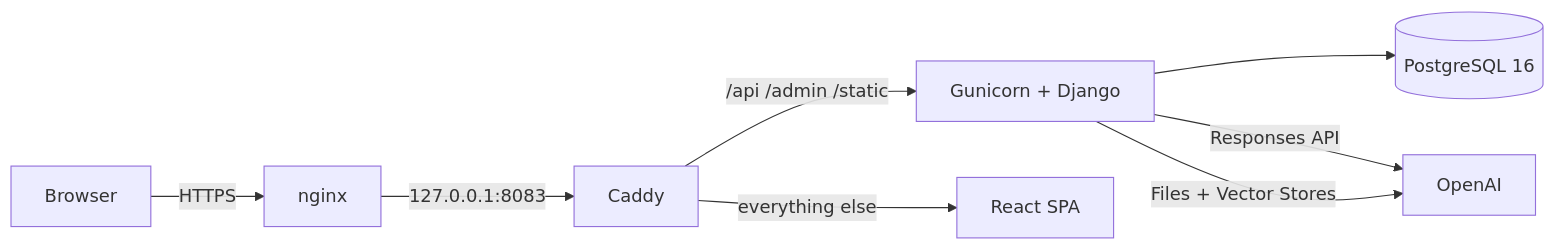
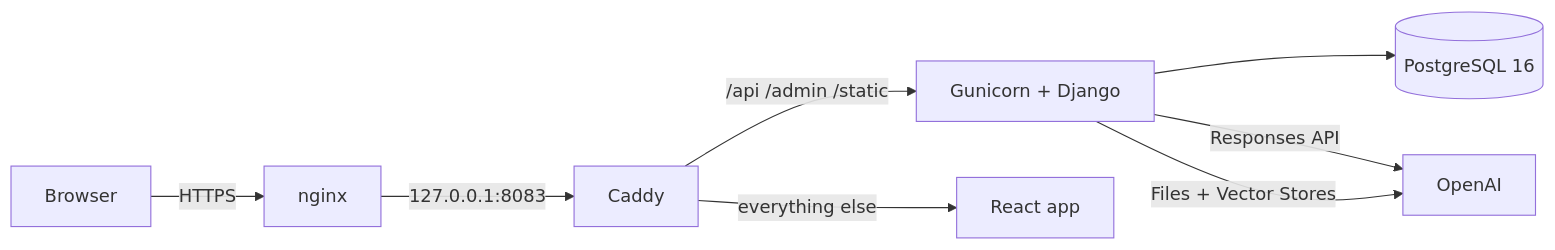
Before and after one commit to Jahir509/chat-ai: the first of 2 diagrams in README.md, drawn with Mermaid. The commit also changed other lines of this file, not shown here.

````diff
--- a/README.md
+++ b/README.md
@@ -78,10 +69,10 @@
 ```mermaid
 flowchart LR
     U[Browser] -->|HTTPS| N[nginx]
     N -->|127.0.0.1:8083| C[Caddy]
     C -->|/api /admin /static| G[Gunicorn + Django]
-    C -->|everything else| S[React SPA]
+    C -->|everything else| S[React app]
     G --> P[(PostgreSQL 16)]
     G -->|Responses API| O[OpenAI]
     G -->|Files + Vector Stores| O
 ```
````
